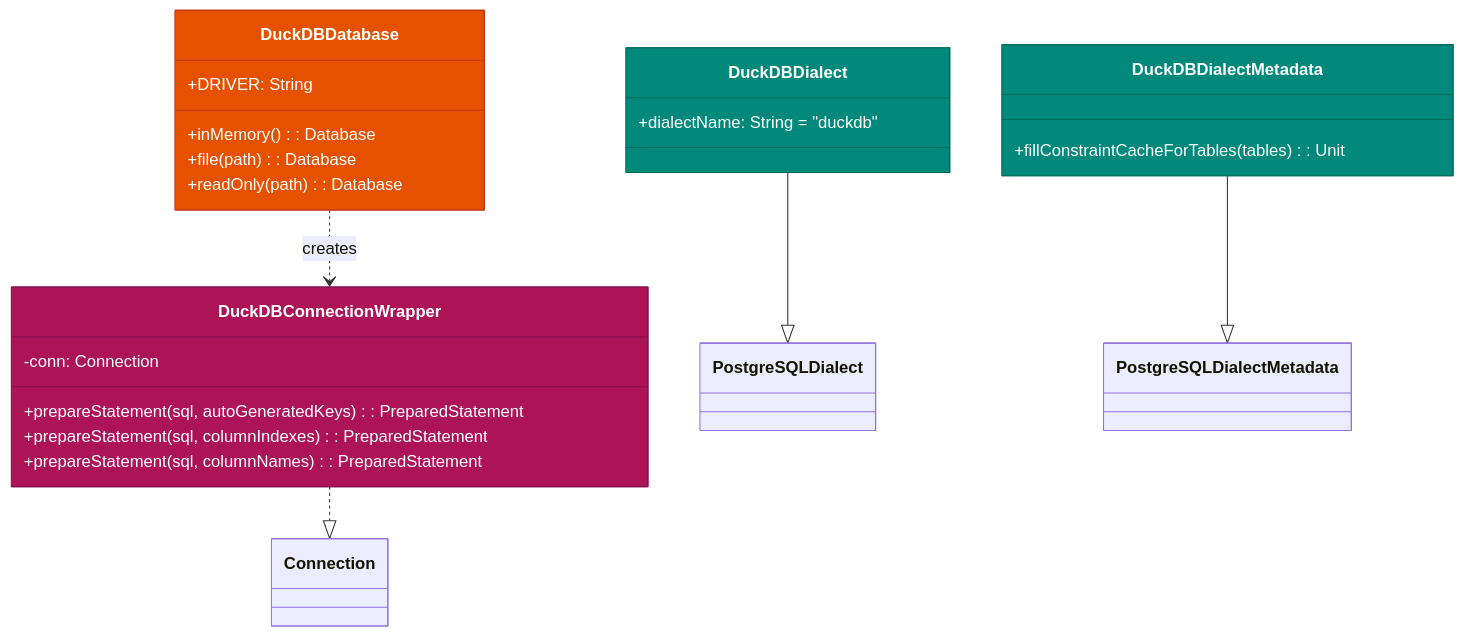
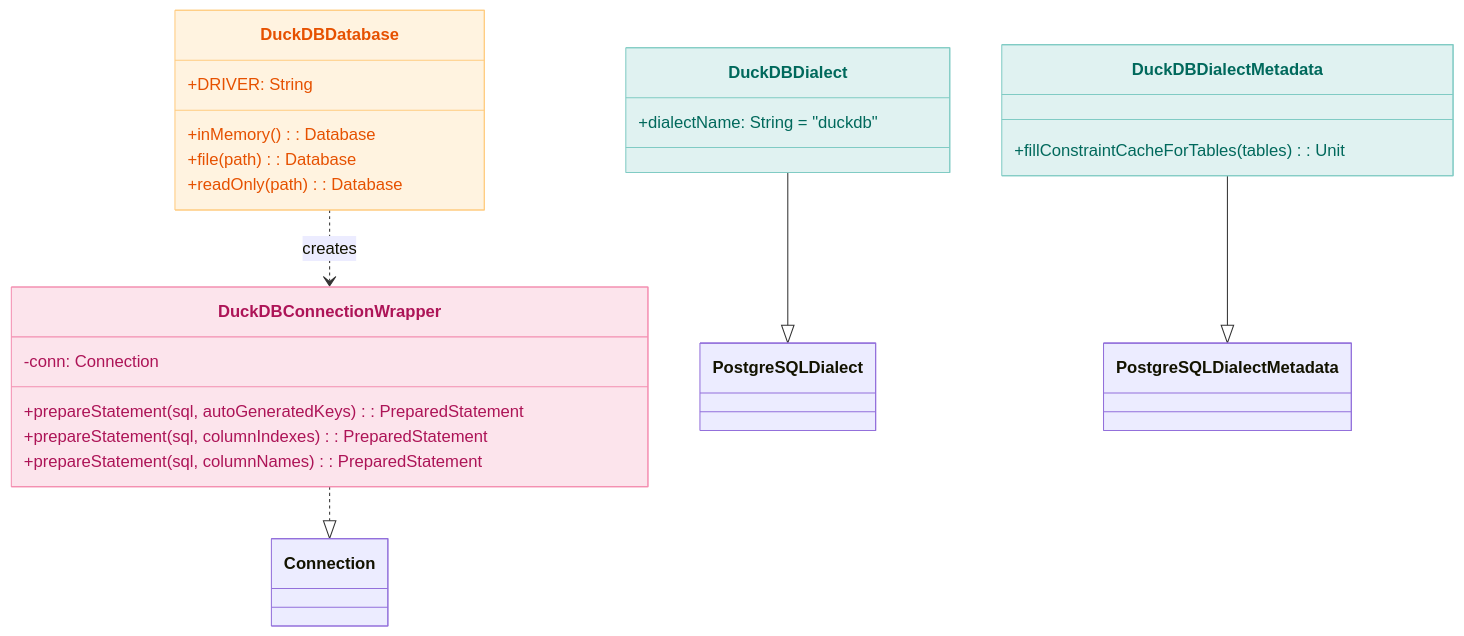
The first of 2 diagrams in data/exposed-duckdb/README.md (bluetape4k/bluetape4k-projects), drawn with Mermaid before and after one commit. The commit also changed other lines of this file and 219 other files, not shown here.

First line of the commit message:
docs: 전체 README Mermaid 다이어그램 가이드 적용

````diff
--- a/data/exposed-duckdb/README.md
+++ b/data/exposed-duckdb/README.md
@@ -107,31 +107,31 @@
 ```mermaid
 classDiagram
     class DuckDBDatabase {
         +DRIVER: String
         +inMemory(): Database
         +file(path): Database
         +readOnly(path): Database
     }
     class DuckDBConnectionWrapper {
         -conn: Connection
         +prepareStatement(sql, autoGeneratedKeys): PreparedStatement
         +prepareStatement(sql, columnIndexes): PreparedStatement
         +prepareStatement(sql, columnNames): PreparedStatement
     }
     class DuckDBDialect {
         +dialectName: String = "duckdb"
     }
     class DuckDBDialectMetadata {
         +fillConstraintCacheForTables(tables): Unit
     }
 
     DuckDBDialect --|> PostgreSQLDialect
     DuckDBDialectMetadata --|> PostgreSQLDialectMetadata
     DuckDBDatabase ..> DuckDBConnectionWrapper : creates
     DuckDBConnectionWrapper ..|> Connection
 
-    style DuckDBDatabase fill:#E65100,stroke:#BF360C,color:#FFFFFF
-    style DuckDBConnectionWrapper fill:#AD1457,stroke:#880E4F,color:#FFFFFF
-    style DuckDBDialect fill:#00897B,stroke:#00695C,color:#FFFFFF
-    style DuckDBDialectMetadata fill:#00897B,stroke:#00695C,color:#FFFFFF
+    style DuckDBDatabase fill:#FFF3E0,stroke:#FFCC80,color:#E65100
+    style DuckDBConnectionWrapper fill:#FCE4EC,stroke:#F48FB1,color:#AD1457
+    style DuckDBDialect fill:#E0F2F1,stroke:#80CBC4,color:#00695C
+    style DuckDBDialectMetadata fill:#E0F2F1,stroke:#80CBC4,color:#00695C
 ```
````
